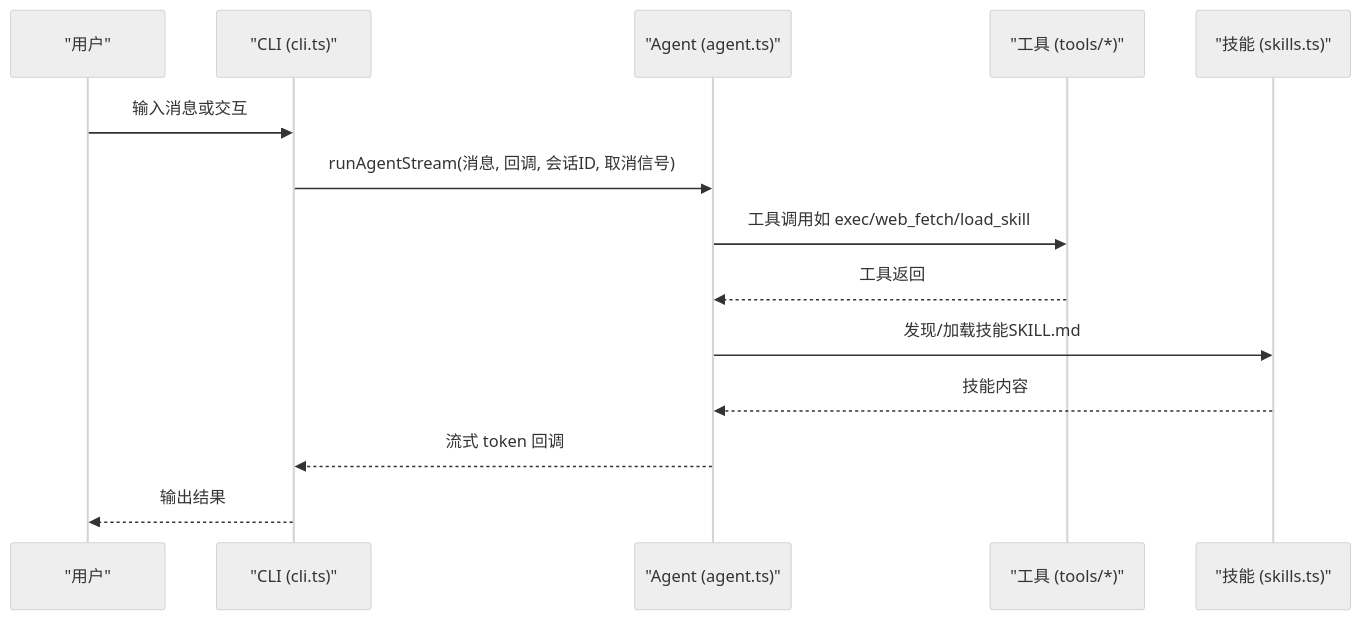
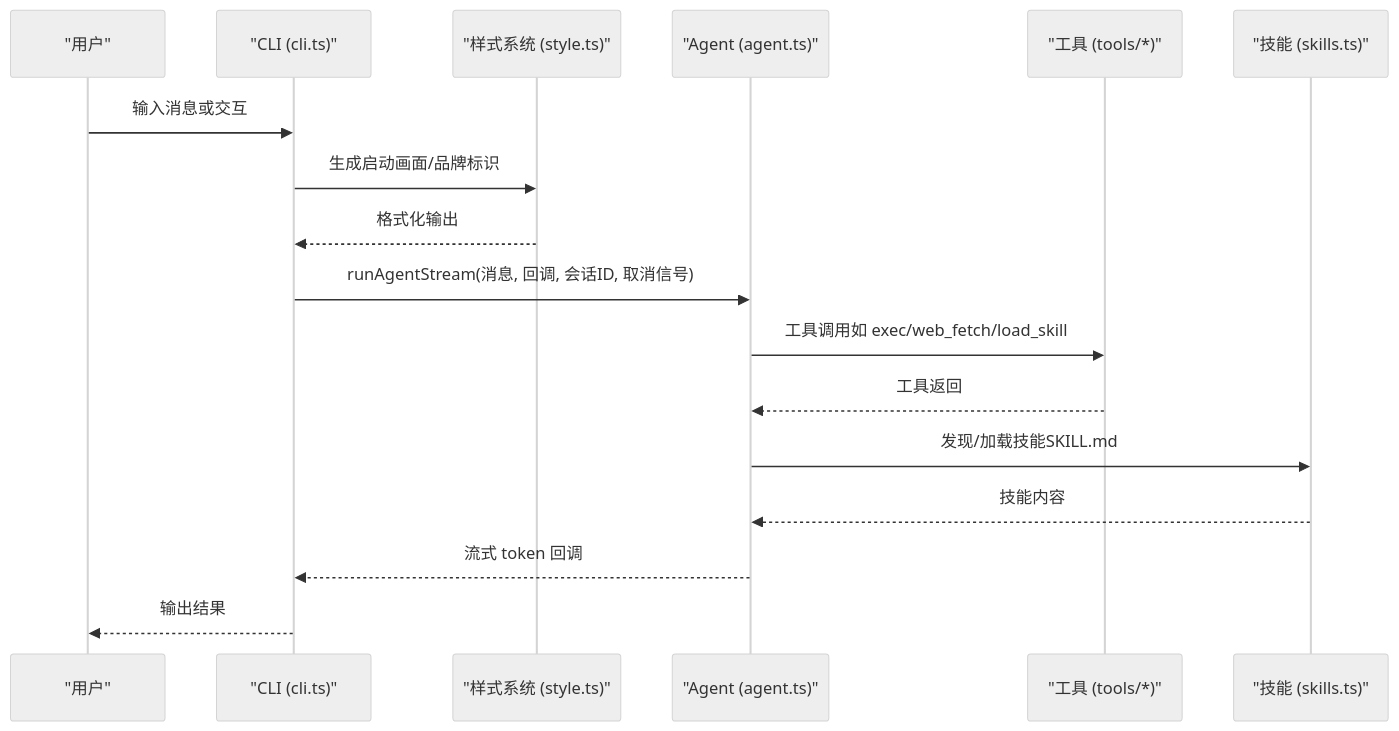
The second of 10 diagrams in .qoder/repowiki/zh/content/开发者指南/开发者指南.md (HAOFUYANG/onion-code), drawn with Mermaid (neutral theme) before and after one commit. The commit also changed other lines of this file and 3 other files, not shown here.

````diff
--- a/.qoder/repowiki/zh/content/开发者指南/开发者指南.md
+++ b/.qoder/repowiki/zh/content/开发者指南/开发者指南.md
@@ -96,16 +103,19 @@
 ```mermaid
 sequenceDiagram
 participant U as "用户"
 participant CLI as "CLI (cli.ts)"
+participant ST as "样式系统 (style.ts)"
 participant AG as "Agent (agent.ts)"
 participant T as "工具 (tools/*)"
 participant S as "技能 (skills.ts)"
 U->>CLI : 输入消息或交互
+CLI->>ST : 生成启动画面/品牌标识
+ST-->>CLI : 格式化输出
 CLI->>AG : runAgentStream(消息, 回调, 会话ID, 取消信号)
 AG->>T : 工具调用如 exec/web_fetch/load_skill
 T-->>AG : 工具返回
 AG->>S : 发现/加载技能SKILL.md
 S-->>AG : 技能内容
 AG-->>CLI : 流式 token 回调
 CLI-->>U : 输出结果
 ```
````
